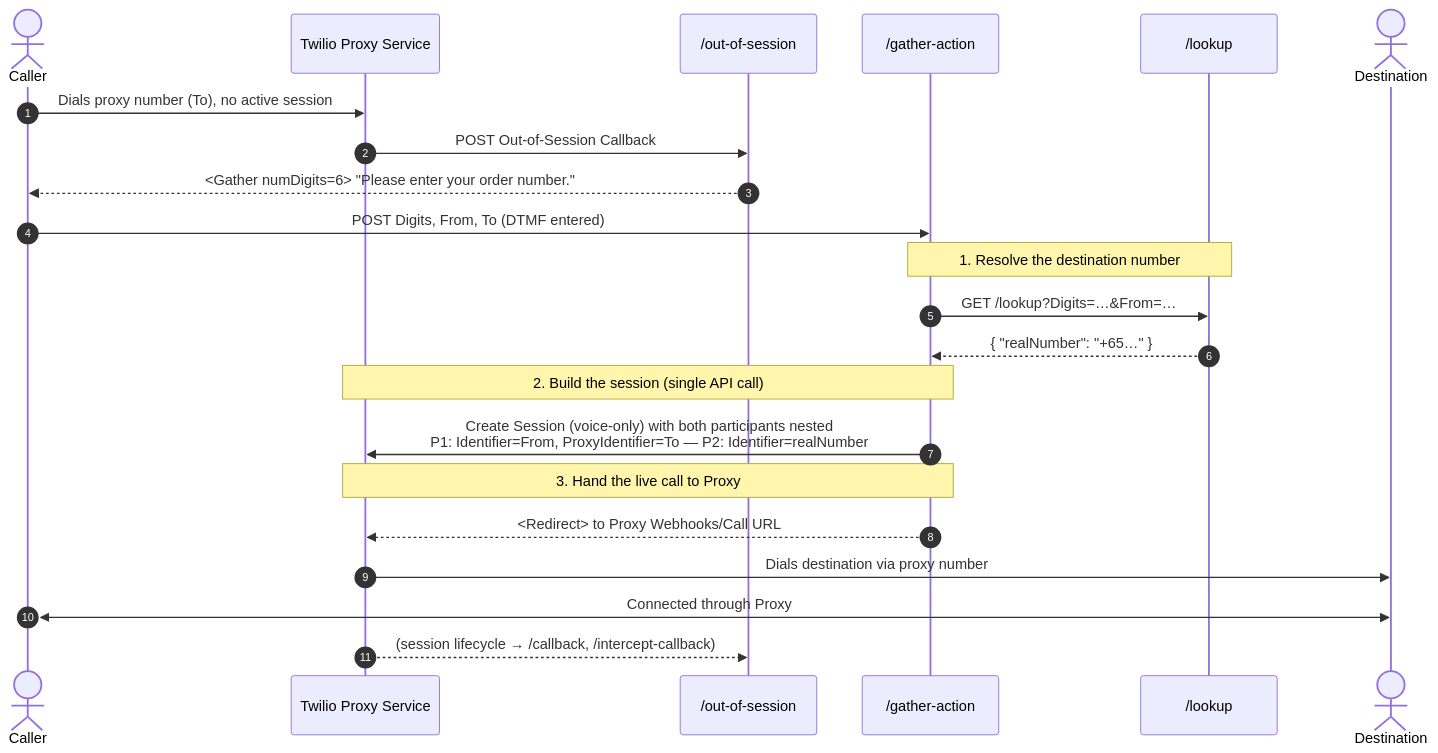
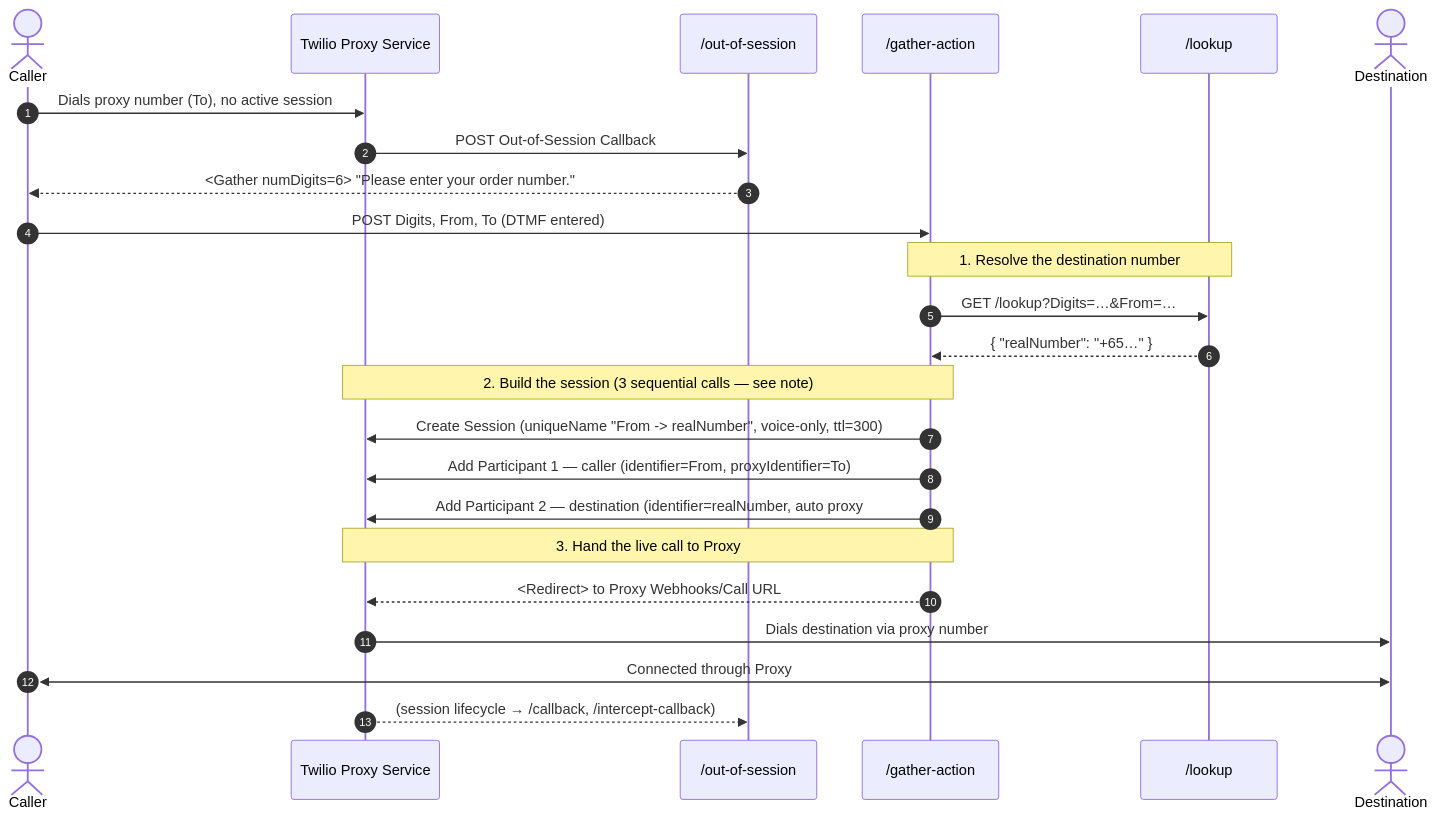
Before and after one commit to leroychan/twilio-proxy-single-participant-workflow: the second of 3 diagrams in README.md, drawn with Mermaid. The commit also changed other lines of this file and 2 other files, not shown here.

First line of the commit message:
Sequential participant creation + session name and 5-min TTL

````diff
--- a/README.md
+++ b/README.md
@@ -82,30 +83,32 @@
 ```mermaid
 sequenceDiagram
     autonumber
     actor Caller
     participant Proxy as Twilio Proxy Service
     participant OOS as /out-of-session
     participant GA as /gather-action
     participant LK as /lookup
     actor Dest as Destination
 
     Caller->>Proxy: Dials proxy number (To), no active session
     Proxy->>OOS: POST Out-of-Session Callback
     OOS-->>Caller: <Gather numDigits=6> "Please enter your order number."
 
     Caller->>GA: POST Digits, From, To (DTMF entered)
 
     Note over GA,LK: 1. Resolve the destination number
     GA->>LK: GET /lookup?Digits=…&From=…
     LK-->>GA: { "realNumber": "+65…" }
 
-    Note over GA,Proxy: 2. Build the session (single API call)
-    GA->>Proxy: Create Session (voice-only) with both participants nested<br/>P1: Identifier=From, ProxyIdentifier=To — P2: Identifier=realNumber
+    Note over GA,Proxy: 2. Build the session (3 sequential calls — see note)
+    GA->>Proxy: Create Session (uniqueName "From -> realNumber", voice-only, ttl=300)
+    GA->>Proxy: Add Participant 1 — caller (identifier=From, proxyIdentifier=To)
+    GA->>Proxy: Add Participant 2 — destination (identifier=realNumber, auto proxy #)
 
     Note over GA,Proxy: 3. Hand the live call to Proxy
     GA-->>Proxy: <Redirect> to Proxy Webhooks/Call URL
     Proxy->>Dest: Dials destination via proxy number
     Caller<<->>Dest: Connected through Proxy
 
     Proxy-->>OOS: (session lifecycle → /callback, /intercept-callback)
 ```
````
